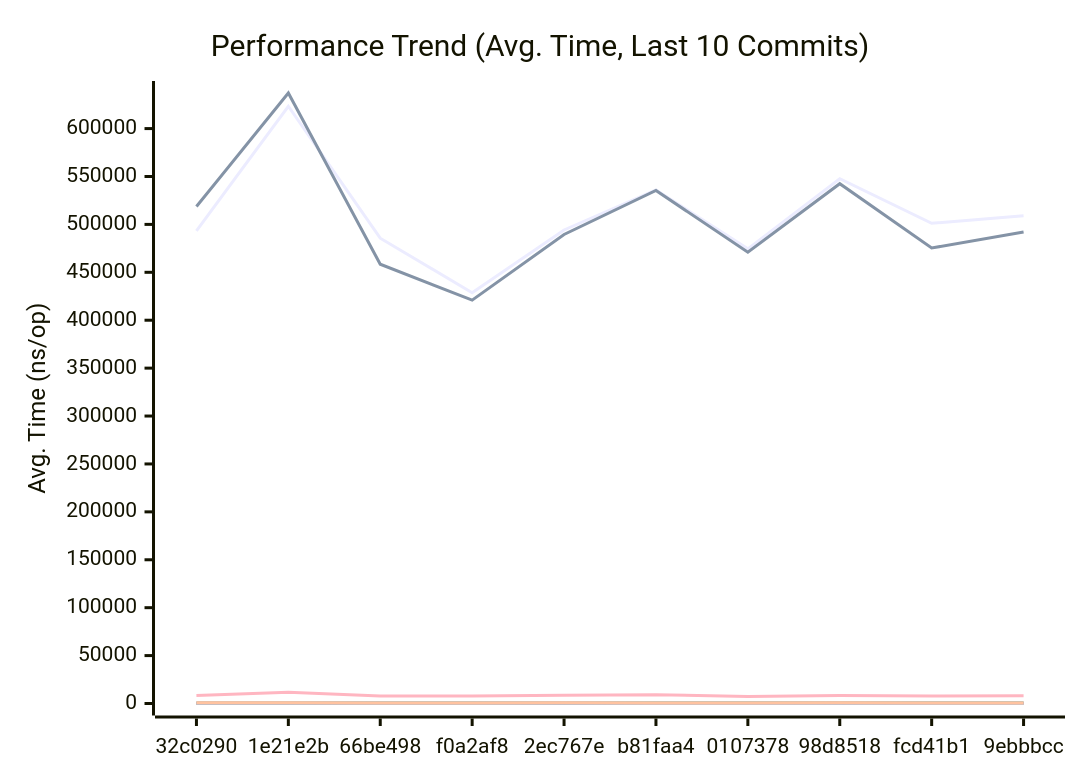
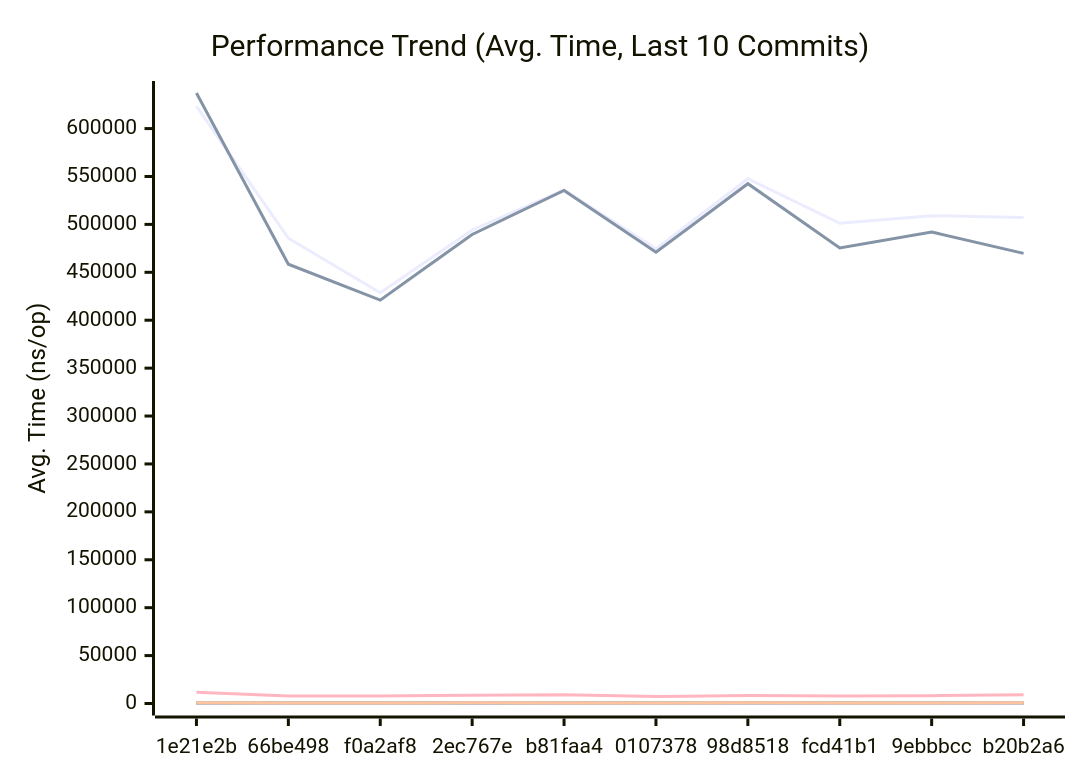
Before and after one commit to alsotoes/momo: the first of 3 diagrams in docs/PERFORMANCE.md, drawn with Mermaid. The commit also changed other lines of this file and 3 other files, not shown here.

````diff
--- a/docs/PERFORMANCE.md
+++ b/docs/PERFORMANCE.md
@@ -145,20 +145,20 @@
 ```mermaid
 xychart-beta
     title "Performance Trend (Avg. Time, Last 10 Commits)"
     x-axis "Commit"
     y-axis "Avg. Time (ns/op)"
-    x-axis [32c0290,1e21e2b,66be498,f0a2af8,2ec767e,b81faa4,0107378,98d8518,fcd41b1,9ebbbcc]
-    line "AWSChunkedReaderSigned" [493329,623314,485586,428699,494161,536055,474487,547638,501193,509071]
-    line "AWSChunkedReaderUnsigned" [518620,637133,458443,420916,489488,535372,470934,542477,475383,492103]
-    line "CheckMetricsAndSwap" [10,13,9,8,8,11,8,9,8,10]
-    line "CrushOptimized" [353,419,355,342,351,359,357,366,378,382]
-    line "CrushOriginal" [549,628,459,465,587,501,444,519,462,546]
-    line "IndexDirectTracking" [0,1,0,0,0,0,0,0,0,0]
-    line "IndexSearch" [2,3,3,3,3,3,3,3,3,3]
-    line "LoadGlobalConfig" [8352,11680,7877,7811,8699,9154,7311,8381,7902,8218]
-    line "PadString" [53,64,43,49,49,50,41,54,44,44]
+    x-axis [1e21e2b,66be498,f0a2af8,2ec767e,b81faa4,0107378,98d8518,fcd41b1,9ebbbcc,b20b2a6]
+    line "AWSChunkedReaderSigned" [623314,485586,428699,494161,536055,474487,547638,501193,509071,507099]
+    line "AWSChunkedReaderUnsigned" [637133,458443,420916,489488,535372,470934,542477,475383,492103,469747]
+    line "CheckMetricsAndSwap" [13,9,8,8,11,8,9,8,10,9]
+    line "CrushOptimized" [419,355,342,351,359,357,366,378,382,366]
+    line "CrushOriginal" [628,459,465,587,501,444,519,462,546,546]
+    line "IndexDirectTracking" [1,0,0,0,0,0,0,0,0,0]
+    line "IndexSearch" [3,3,3,3,3,3,3,3,3,3]
+    line "LoadGlobalConfig" [11680,7877,7811,8699,9154,7311,8381,7902,8218,9180]
+    line "PadString" [64,43,49,49,50,41,54,44,44,50]
     line "ParseReplicationOrder_NoPrealloc" [350,349,357,354,345,225,229,165,232,234]
     line "ParseReplicationOrder_Prealloc" [229,231,237,234,229,108,107,80,110,109]
-    line "SanitizeLog/Safe" [440,585,444,426,532,520,440,468,490,508]
-    line "SanitizeLog/Unsafe" [669,794,568,519,657,616,544,677,581,581]
+    line "SanitizeLog/Safe" [585,444,426,532,520,440,468,490,508,482]
+    line "SanitizeLog/Unsafe" [794,568,519,657,616,544,677,581,581,785]
 ```
````
